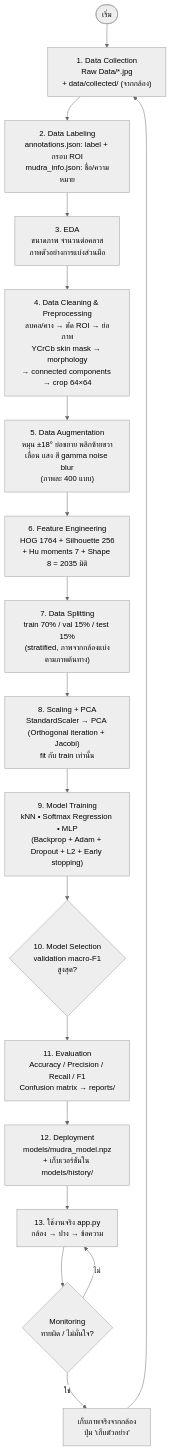
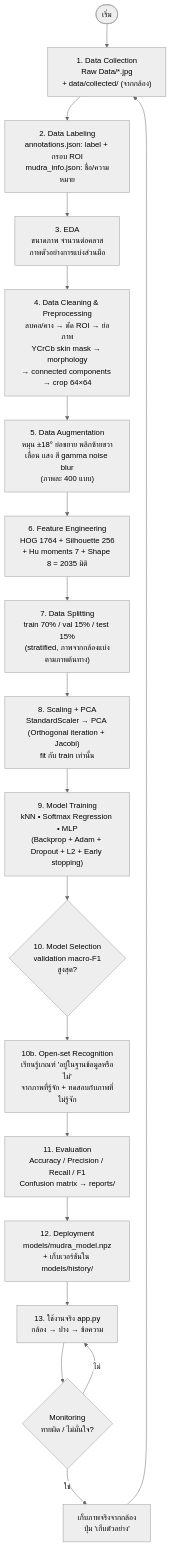
The first of 3 diagrams in README.md (money-trade/Hand), drawn with Mermaid (neutral theme) before and after one commit. The commit also changed other lines of this file and 15 other files, not shown here.

First line of the commit message:
feat(open-set): skip classification for hands not in the database

````diff
--- a/README.md
+++ b/README.md
@@ -102,20 +116,21 @@
 ```mermaid
 flowchart TD
     A([เริ่ม]) --> B["1. Data Collection<br/>Raw Data/*.jpg<br/>+ data/collected/ (จากกล้อง)"]
     B --> C["2. Data Labeling<br/>annotations.json: label + กรอบ ROI<br/>mudra_info.json: ชื่อ/ความหมาย"]
     C --> D["3. EDA<br/>ขนาดภาพ จำนวนต่อคลาส<br/>ภาพตัวอย่างการแบ่งส่วนมือ"]
     D --> E["4. Data Cleaning & Preprocessing<br/>ลบคอ/คาง → ตัด ROI → ย่อภาพ<br/>YCrCb skin mask → morphology<br/>→ connected components → crop 64×64"]
     E --> F["5. Data Augmentation<br/>หมุน ±18° ย่อขยาย พลิกซ้ายขวา<br/>เลื่อน แสง สี gamma noise blur<br/>(ภาพละ 400 แบบ)"]
     F --> G["6. Feature Engineering<br/>HOG 1764 + Silhouette 256<br/>+ Hu moments 7 + Shape 8 = 2035 มิติ"]
     G --> H["7. Data Splitting<br/>train 70% / val 15% / test 15%<br/>(stratified, ภาพจากกล้องแบ่งตามภาพต้นทาง)"]
     H --> I["8. Scaling + PCA<br/>StandardScaler → PCA (Orthogonal iteration + Jacobi)<br/>fit กับ train เท่านั้น"]
     I --> J["9. Model Training<br/>kNN • Softmax Regression • MLP<br/>(Backprop + Adam + Dropout + L2 + Early stopping)"]
     J --> K{"10. Model Selection<br/>validation macro-F1<br/>สูงสุด?"}
-    K --> L["11. Evaluation<br/>Accuracy / Precision / Recall / F1<br/>Confusion matrix → reports/"]
+    K --> KB["10b. Open-set Recognition<br/>เรียนรู้เกณฑ์ 'อยู่ในฐานข้อมูลหรือไม่'<br/>จากภาพที่รู้จัก + ทดสอบกับภาพที่ไม่รู้จัก"]
+    KB --> L["11. Evaluation<br/>Accuracy / Precision / Recall / F1<br/>Confusion matrix → reports/"]
     L --> M["12. Deployment<br/>models/mudra_model.npz<br/>+ เก็บเวอร์ชันใน models/history/"]
     M --> N["13. ใช้งานจริง app.py<br/>กล้อง → ปาง → ข้อความ"]
     N --> O{"Monitoring<br/>ทายผิด / ไม่มั่นใจ?"}
     O -->|ใช่| P["เก็บภาพจริงจากกล้อง<br/>ปุ่ม 'เก็บตัวอย่าง'"]
     P --> B
     O -->|ไม่| N
 ```
````
